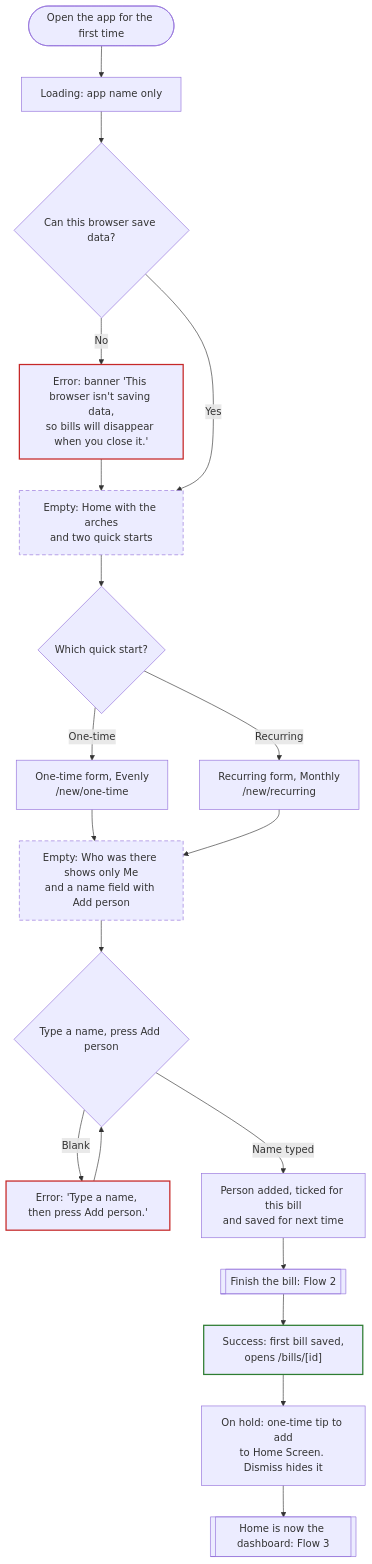
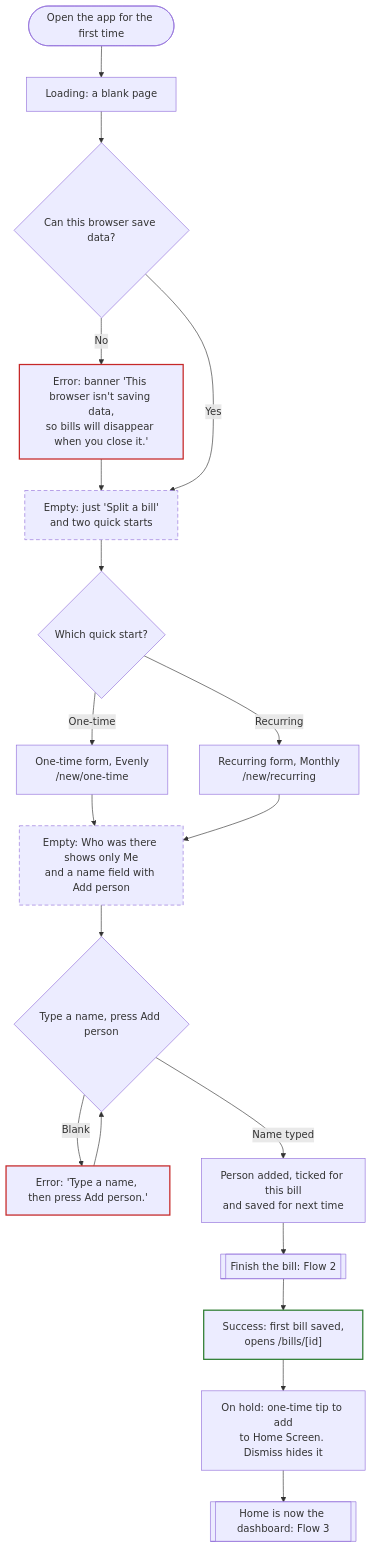
One commit to quincyleung/bill-splitter changed the first of 3 diagrams in README.md. Above: the diagram before and after it, drawn with Mermaid. The commit also changed 6 other files, not shown here.

Commit message:
First visit is just 'Split a bill' and the two cards: no app name, no illustration

````diff
--- a/README.md
+++ b/README.md
@@ -13,28 +13,28 @@
 ```mermaid
 flowchart TD
-  start(["Open the app for the first time"]) --> loading["Loading: app name only"]
+  start(["Open the app for the first time"]) --> loading["Loading: a blank page"]
   loading --> canSave{"Can this browser save data?"}
   canSave -->|No| errStorage["Error: banner 'This browser isn't saving data,<br/>so bills will disappear when you close it.'"]
   errStorage --> welcome
-  canSave -->|Yes| welcome["Empty: Home with the arches<br/>and two quick starts"]
+  canSave -->|Yes| welcome["Empty: just 'Split a bill'<br/>and two quick starts"]
   welcome --> mode{"Which quick start?"}
   mode -->|One-time| once["One-time form, Evenly<br/>/new/one-time"]
   mode -->|Recurring| rec["Recurring form, Monthly<br/>/new/recurring"]
   once --> noPeople
   rec --> noPeople
   noPeople["Empty: Who was there shows only Me<br/>and a name field with Add person"] --> addName{"Type a name, press Add person"}
   addName -->|Blank| errName["Error: 'Type a name, then press Add person.'"]
   errName --> addName
   addName -->|Name typed| savedPerson["Person added, ticked for this bill<br/>and saved for next time"]
   savedPerson --> mainTask[["Finish the bill: Flow 2"]]
   mainTask --> firstBill["Success: first bill saved,<br/>opens /bills/[id]"]
   firstBill --> homeTip["On hold: one-time tip to add<br/>to Home Screen. Dismiss hides it"]
   homeTip --> dashboard[["Home is now the dashboard: Flow 3"]]
 
   classDef error stroke:#c62828,stroke-width:2px
   classDef empty stroke-dasharray:6 4
   classDef success stroke:#2e7d32,stroke-width:2px
   class errStorage,errName error
   class welcome,noPeople empty
   class firstBill success
 ```
````
